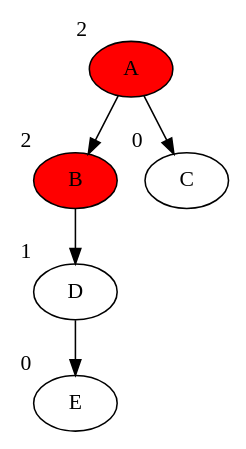
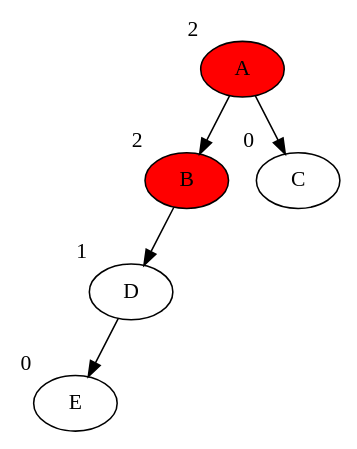
The diagram in 250/11-2.dot (ssemenova/graphviz-trees), drawn with Graphviz before and after one commit. The commit also changed 5 other files, not shown here.

```diff
--- a/250/11-2.dot
+++ b/250/11-2.dot
@@ -1,11 +1,16 @@
 strict digraph {
     A [style = filled, xlabel = "2", fillcolor = red];
     B [style = filled, xlabel = "2", fillcolor = red];
     C [xlabel = "0"];
     D [xlabel = "1"];
     E [xlabel = "0"];
     A -> B;
     A -> C;
     B -> D;
     D -> E;
+    
+    f [style=invis];
+    g [style=invis];
+    B -> f [style=invis];
+    D -> g [style=invis]; 
 }
```
